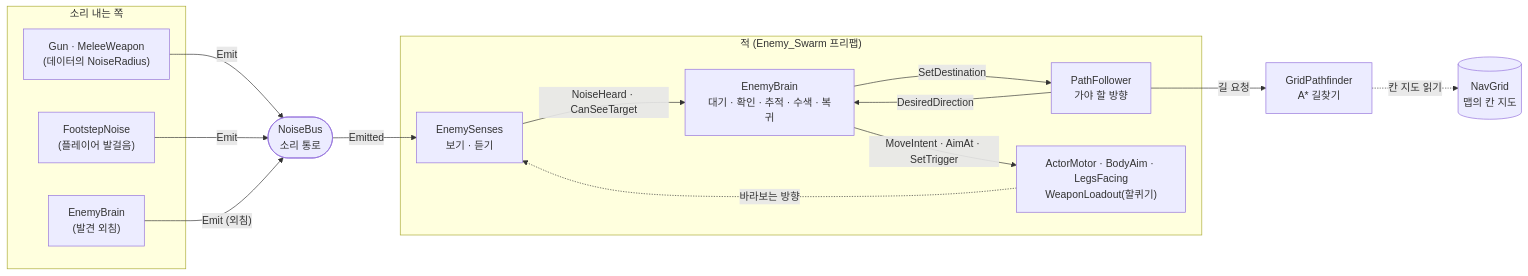
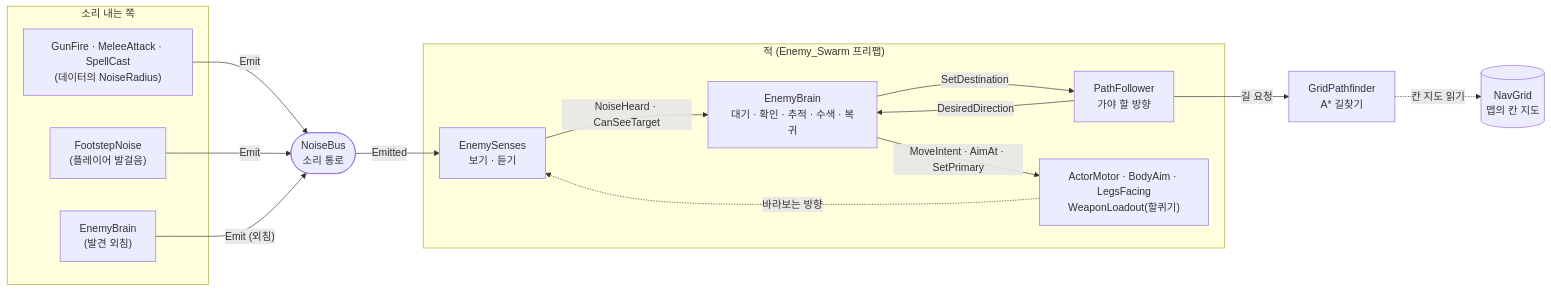
The third of 8 diagrams in docs/코드-구조.md (odyo0/project_dust_scrapper), drawn with Mermaid before and after one commit. The commit also changed other lines of this file and 63 other files, not shown here.

````diff
--- a/docs/코드-구조.md
+++ b/docs/코드-구조.md
@@ -150,32 +167,32 @@
 ```mermaid
 flowchart LR
     subgraph 소리내기["소리 내는 쪽"]
-        GUN["Gun · MeleeWeapon<br/>(데이터의 NoiseRadius)"]
+        GUN["GunFire · MeleeAttack · SpellCast<br/>(데이터의 NoiseRadius)"]
         FS["FootstepNoise<br/>(플레이어 발걸음)"]
         ALARM["EnemyBrain<br/>(발견 외침)"]
     end
 
     BUS(["NoiseBus<br/>소리 통로"])
 
     subgraph 적["적 (Enemy_Swarm 프리팹)"]
         ES["EnemySenses<br/>보기 · 듣기"]
         EB["EnemyBrain<br/>대기 · 확인 · 추적 · 수색 · 복귀"]
         PF["PathFollower<br/>가야 할 방향"]
         BODY["ActorMotor · BodyAim · LegsFacing<br/>WeaponLoadout(할퀴기)"]
     end
 
     NG[("NavGrid<br/>맵의 칸 지도")]
     GP["GridPathfinder<br/>A* 길찾기"]
 
     GUN -- "Emit" --> BUS
     FS -- "Emit" --> BUS
     ALARM -- "Emit (외침)" --> BUS
     BUS -- "Emitted" --> ES
     ES -- "NoiseHeard · CanSeeTarget" --> EB
     EB -- "SetDestination" --> PF
     PF -- "길 요청" --> GP
     GP -. "칸 지도 읽기" .-> NG
     PF -- "DesiredDirection" --> EB
-    EB -- "MoveIntent · AimAt · SetTrigger" --> BODY
+    EB -- "MoveIntent · AimAt · SetPrimary" --> BODY
     BODY -. "바라보는 방향" .-> ES
 ```
````
